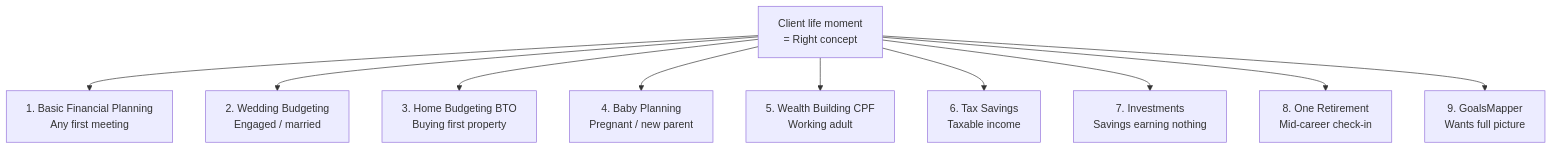
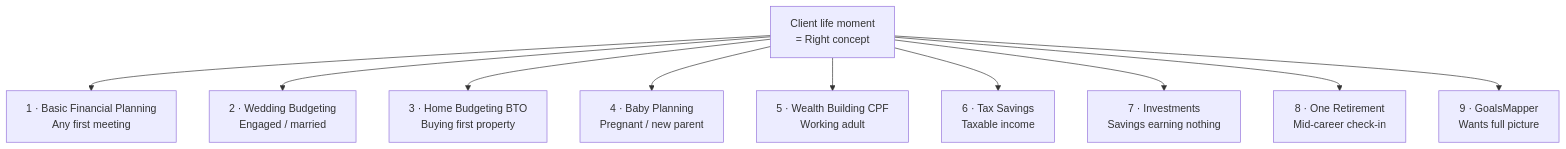
Before and after one commit to leotansingapore/aia-product-compass-hub: the second of 2 diagrams in docs/first-60-days/week-9/day-54.md, drawn with Mermaid. The commit also changed 7 other files, not shown here.

Commit message:
Mermaid diagrams on days 6, 37, 45, 51, 54, 58, 59, 60 now render — numeric list prefixes and dense calendar labels were triggering strict-mode rejections

````diff
--- a/docs/first-60-days/week-9/day-54.md
+++ b/docs/first-60-days/week-9/day-54.md
@@ -166,12 +166,12 @@
 ```mermaid
 flowchart TD
-    HUB["Client life moment<br/>= Right concept"] --> S1["1. Basic Financial Planning<br/>Any first meeting"]
-    HUB --> S2["2. Wedding Budgeting<br/>Engaged / married"]
-    HUB --> S3["3. Home Budgeting BTO<br/>Buying first property"]
-    HUB --> S4["4. Baby Planning<br/>Pregnant / new parent"]
-    HUB --> S5["5. Wealth Building CPF<br/>Working adult"]
-    HUB --> S6["6. Tax Savings<br/>Taxable income"]
-    HUB --> S7["7. Investments<br/>Savings earning nothing"]
-    HUB --> S8["8. One Retirement<br/>Mid-career check-in"]
-    HUB --> S9["9. GoalsMapper<br/>Wants full picture"]
+    HUB["Client life moment<br/>= Right concept"] --> S1["1 · Basic Financial Planning<br/>Any first meeting"]
+    HUB --> S2["2 · Wedding Budgeting<br/>Engaged / married"]
+    HUB --> S3["3 · Home Budgeting BTO<br/>Buying first property"]
+    HUB --> S4["4 · Baby Planning<br/>Pregnant / new parent"]
+    HUB --> S5["5 · Wealth Building CPF<br/>Working adult"]
+    HUB --> S6["6 · Tax Savings<br/>Taxable income"]
+    HUB --> S7["7 · Investments<br/>Savings earning nothing"]
+    HUB --> S8["8 · One Retirement<br/>Mid-career check-in"]
+    HUB --> S9["9 · GoalsMapper<br/>Wants full picture"]
 ```
````
